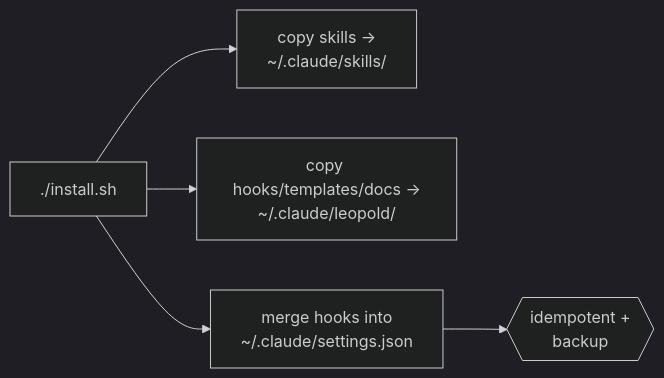
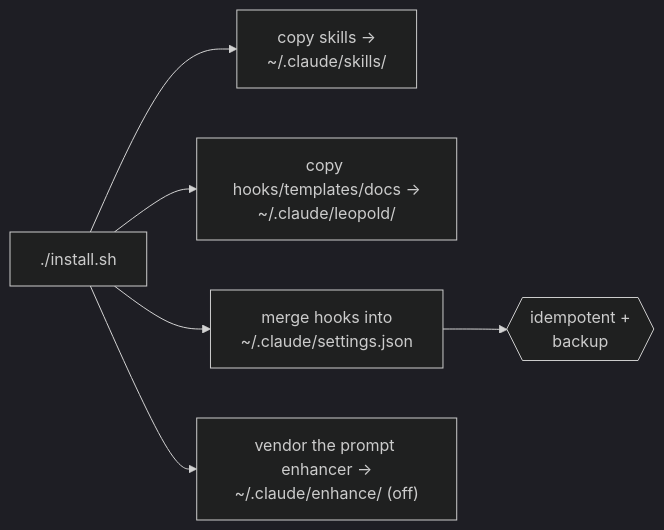
Before and after one commit to Jonhvmp/leopold: the diagram in docs/getting-started/install.md, drawn with Mermaid (dark theme). The commit also changed other lines of this file and 6 other files, not shown here.

````diff
--- a/docs/getting-started/install.md
+++ b/docs/getting-started/install.md
@@ -29,7 +40,8 @@
 ```mermaid
 flowchart LR
     Run["./install.sh"] --> S["copy skills →<br/>~/.claude/skills/"]
     Run --> H["copy hooks/templates/docs →<br/>~/.claude/leopold/"]
     Run --> M["merge hooks into<br/>~/.claude/settings.json"]
+    Run --> E["vendor the prompt enhancer →<br/>~/.claude/enhance/ (off)"]
     M --> Idem{{"idempotent +<br/>backup"}}
 ```
````
